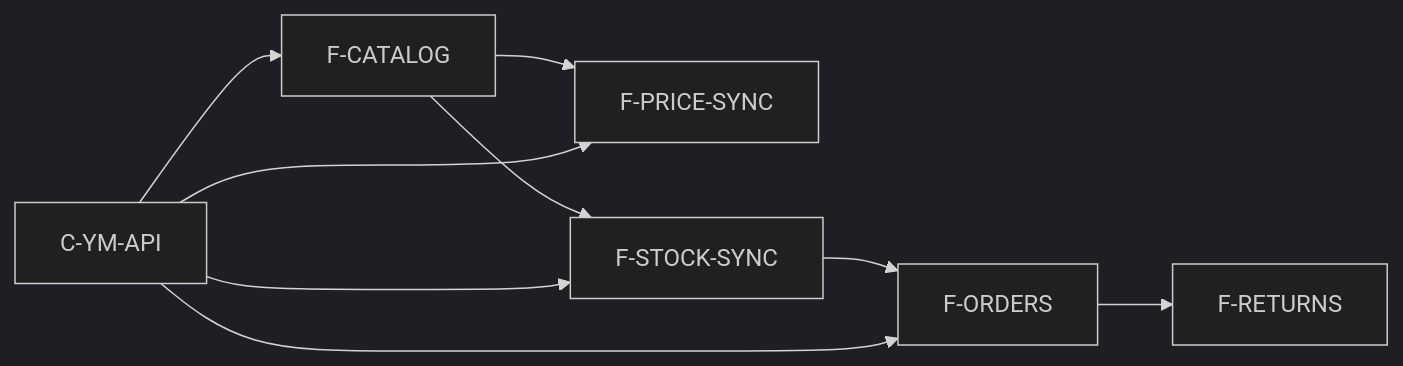
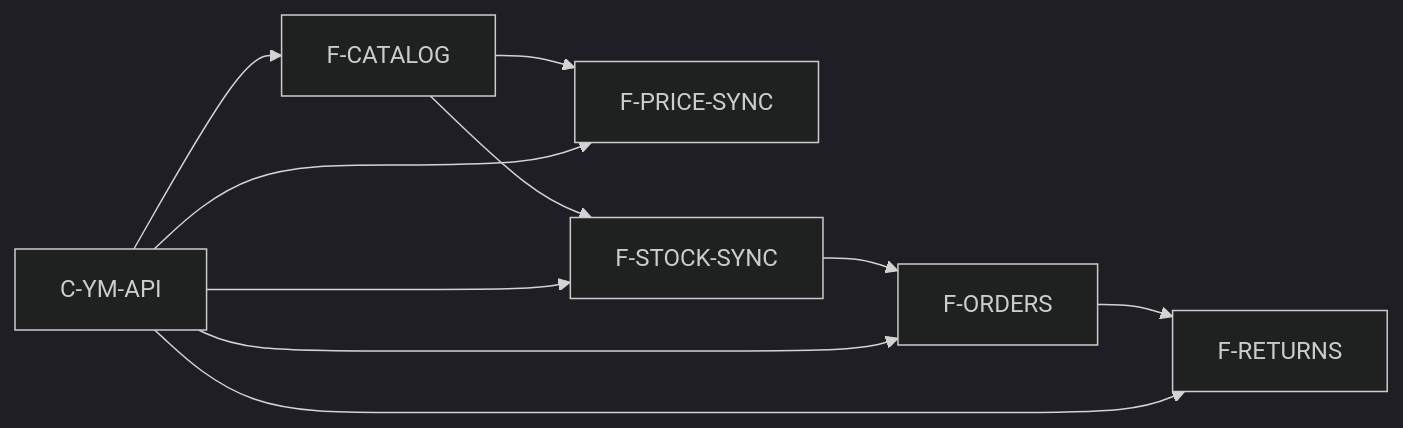
One commit to FefelovAndrey/RULI_YM changed the diagram in graph/graph.md. Above: the diagram before and after it, drawn with Mermaid (dark theme). The commit also changed other lines of this file and 3 other files, not shown here.

First line of the commit message:
Align the project graph with charter wave 1 FBS e2e.

````diff
--- a/graph/graph.md
+++ b/graph/graph.md
@@ -34,11 +35,12 @@
 ```mermaid
 flowchart LR
   C[C-YM-API] --> F1[F-CATALOG]
   F1 --> F2[F-PRICE-SYNC]
   F1 --> F3[F-STOCK-SYNC]
   F3 --> F4[F-ORDERS]
   F4 --> F5[F-RETURNS]
   C --> F2
   C --> F3
   C --> F4
+  C --> F5
 ```
````
